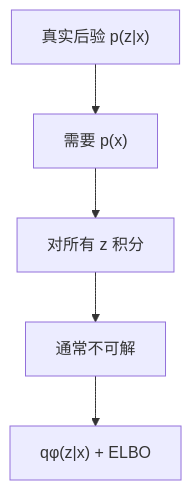
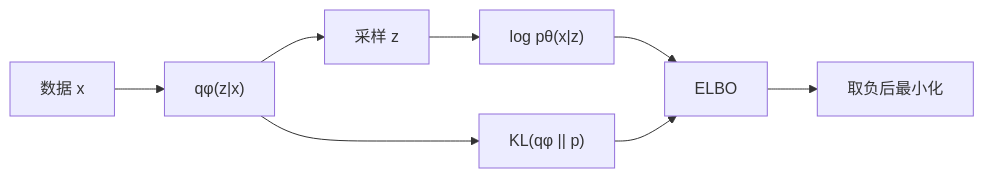
Before and after one commit to hundredthtree-OvO/EmbodiedCard: the diagram in representations/latent/ELBO.md, drawn with Mermaid. The commit also changed other lines of this file and 8 other files, not shown here.

````diff
--- a/representations/latent/ELBO.md
+++ b/representations/latent/ELBO.md
@@ -74,7 +86,10 @@
 ```mermaid
-flowchart TD
-    A["真实后验 p(z|x)"] --> B["需要 p(x)"]
-    B --> C["对所有 z 积分"]
-    C --> D["通常不可解"]
-    D --> E["qφ(z|x) + ELBO"]
+flowchart LR
+    X["数据 x"] --> Q["qφ(z|x)"]
+    Q --> Z["采样 z"]
+    Z --> L["log pθ(x|z)"]
+    Q --> K["KL(qφ || p)"]
+    L --> E["ELBO"]
+    K --> E
+    E --> N["取负后最小化"]
 ```
````
